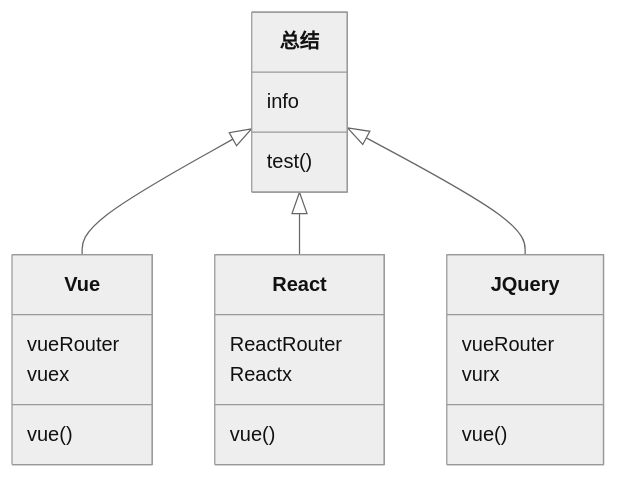
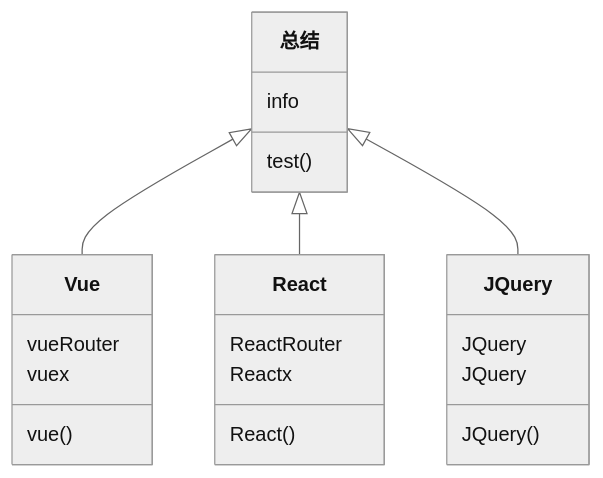
One commit to wly130/notes changed the third of 6 diagrams in 笔记/Markdown语法.md. Above: the diagram before and after it, drawn with Mermaid (neutral theme). The commit also changed other lines of this file and 6 other files, not shown here.

````diff
--- a/笔记/Markdown语法.md
+++ b/笔记/Markdown语法.md
@@ -117,23 +117,23 @@
 ```mermaid
 classDiagram
       总结 <|-- Vue
       总结 <|-- React
       总结 <|-- JQuery
       总结: info
       总结: test()
       class Vue{
           vueRouter
           vuex
           vue()
       }
       class React{
           ReactRouter
           Reactx
-          vue()
+          React()
       }
       class JQuery{
-         vueRouter
-          vurx
-          vue()
+         JQuery
+         JQuery
+         JQuery()
       }
 ```
````
